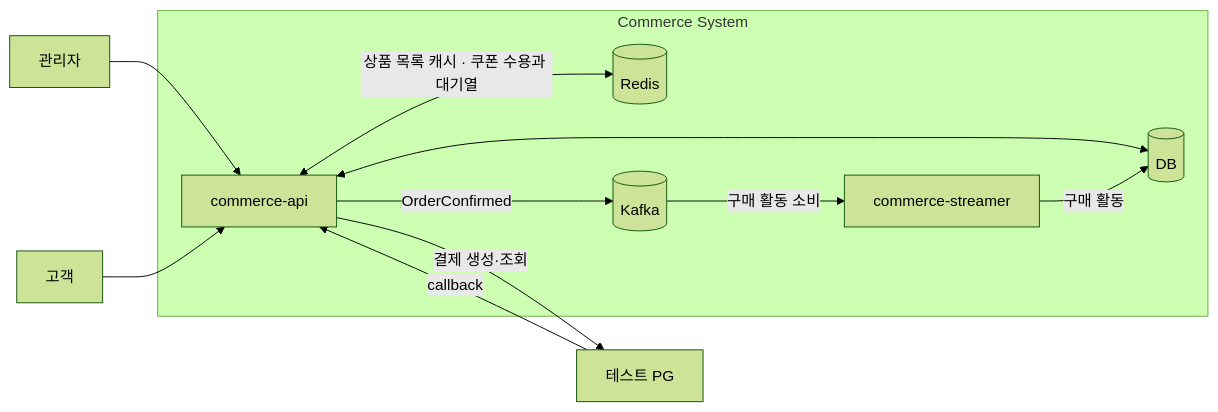
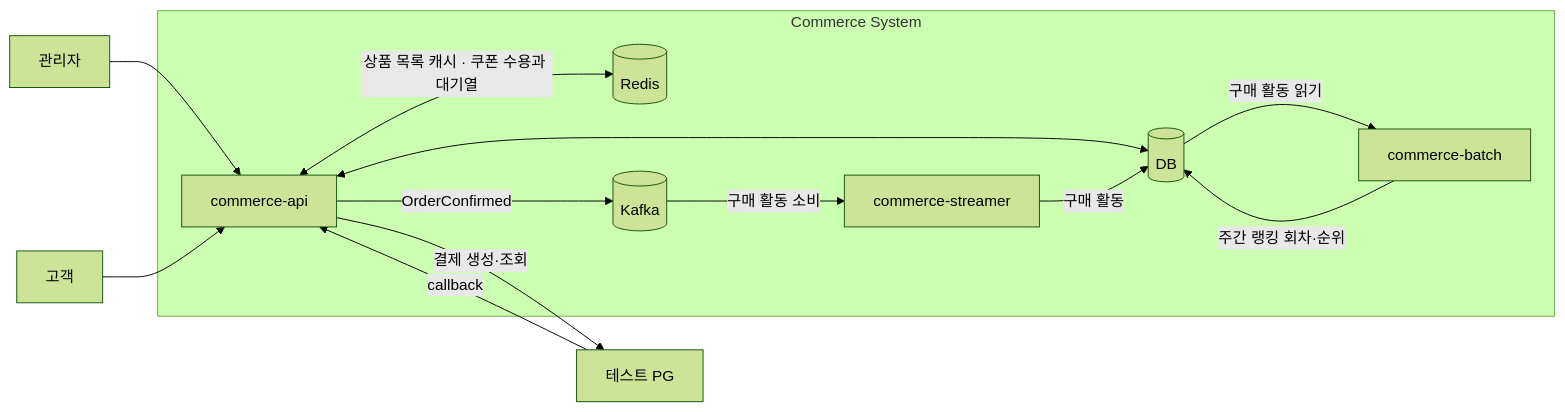
Before and after one commit to loopers-labs/loop-pack-be-l2-vol5-java: the first of 2 diagrams in docs/system-design/system-overview.md, drawn with Mermaid (forest theme). The commit also changed other lines of this file and 11 other files, not shown here.

````diff
--- a/docs/system-design/system-overview.md
+++ b/docs/system-design/system-overview.md
@@ -9,25 +9,28 @@
 ```mermaid
 flowchart LR
     Admin[관리자]
     Customer[고객]
 
     subgraph Commerce["Commerce System"]
         API["commerce-api"]
         DB[("DB")]
         Redis[("Redis")]
         Kafka[("Kafka")]
         Streamer["commerce-streamer"]
         API <--> DB
         API <-->|"상품 목록 캐시 · 쿠폰 수용과 대기열"| Redis
         API -->|"OrderConfirmed"| Kafka
         Kafka -->|"구매 활동 소비"| Streamer
         Streamer -->|"구매 활동"| DB
+        Batch["commerce-batch"]
+        DB -->|"구매 활동 읽기"| Batch
+        Batch -->|"주간 랭킹 회차·순위"| DB
     end
 
     PG["테스트 PG"]
     API -->|"결제 생성·조회"| PG
     PG -->|"callback"| API
 
     Admin --> API
     Customer --> API
 ```
````
